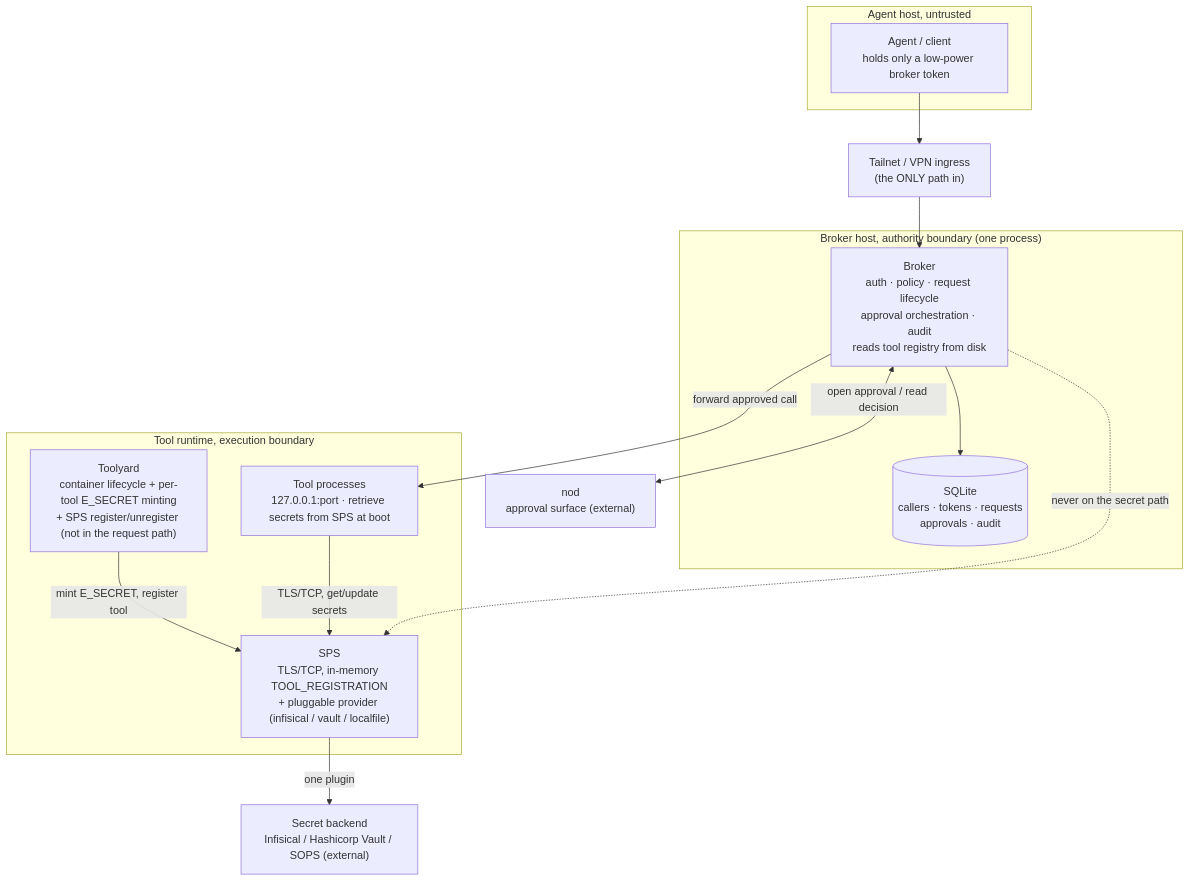
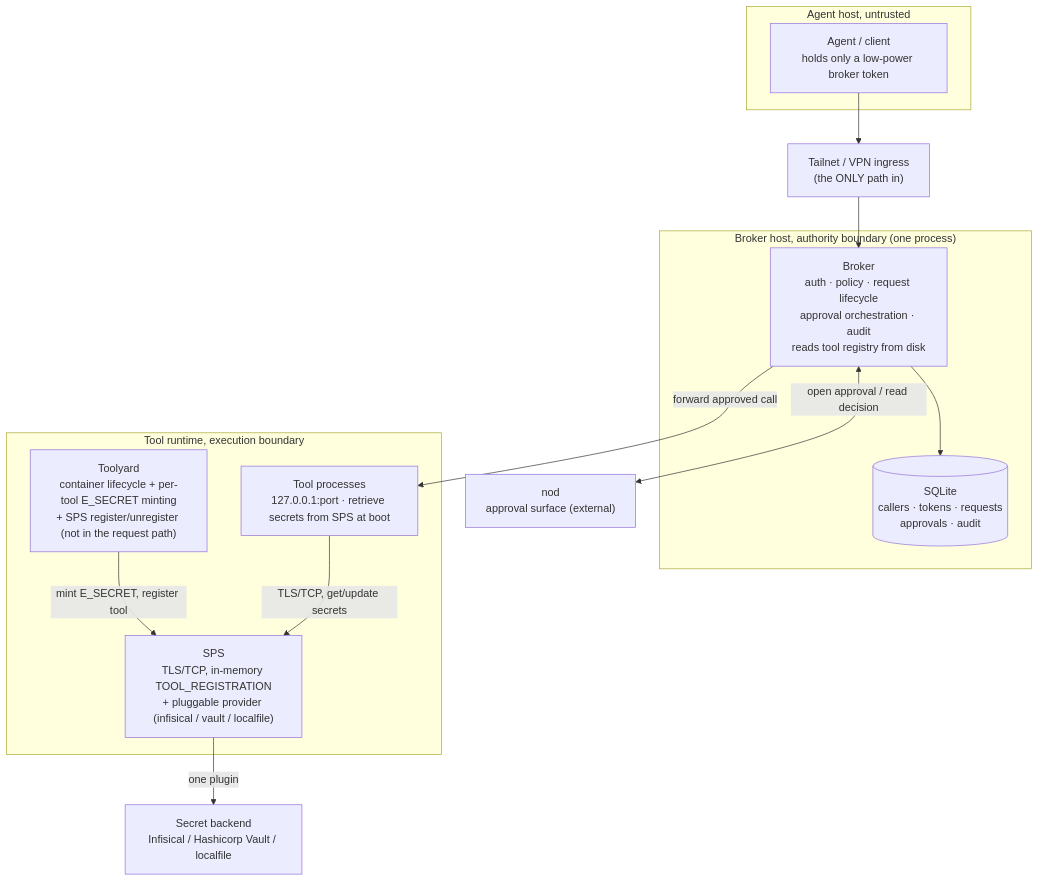
Before and after one commit to batteryshark/Toolstack: the first of 2 diagrams in docs/component-decomposition.md, drawn with Mermaid. The commit also changed other lines of this file and 527 other files, not shown here.

````diff
--- a/docs/component-decomposition.md
+++ b/docs/component-decomposition.md
@@ -12,31 +12,30 @@
 ```mermaid
 flowchart TB
     subgraph Untrusted["Agent host, untrusted"]
         Agent["Agent / client<br/>holds only a low-power broker token"]
     end
 
     Ingress["Tailnet / VPN ingress<br/>(the ONLY path in)"]
 
     subgraph BrokerHost["Broker host, authority boundary (one process)"]
         Broker["Broker<br/>auth · policy · request lifecycle<br/>approval orchestration · audit<br/>reads tool registry from disk"]
         DB[("SQLite<br/>callers · tokens · requests<br/>approvals · audit")]
     end
 
     subgraph Workload["Tool runtime, execution boundary"]
         Toolyard["Toolyard<br/>container lifecycle + per-tool E_SECRET minting<br/>+ SPS register/unregister (not in the request path)"]
         Tools["Tool processes<br/>127.0.0.1:port · retrieve secrets from SPS at boot"]
         SPS["SPS<br/>TLS/TCP, in-memory TOOL_REGISTRATION<br/>+ pluggable provider (infisical / vault / localfile)"]
     end
 
     Nod["nod<br/>approval surface (external)"]
-    Vault["Secret backend<br/>Infisical / Hashicorp Vault / SOPS (external)"]
+    Vault["Secret backend<br/>Infisical / Hashicorp Vault / localfile"]
 
     Agent --> Ingress --> Broker
     Broker --> DB
     Broker -->|forward approved call| Tools
     Toolyard -->|mint E_SECRET, register tool| SPS
     Tools -->|TLS/TCP, get/update secrets| SPS
     SPS -->|one plugin| Vault
     Broker <-->|open approval / read decision| Nod
-    Broker -. never on the secret path .-> SPS
 ```
````
